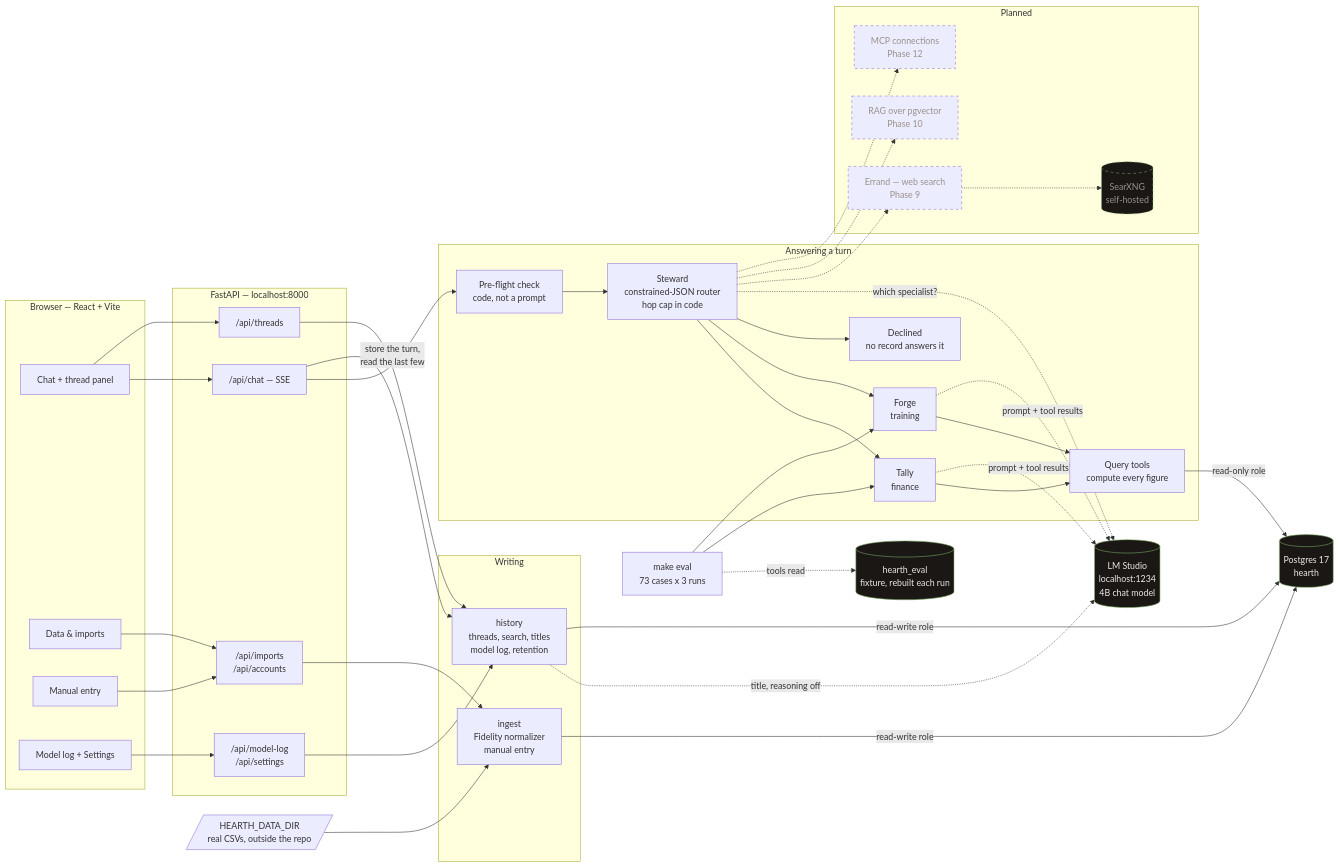
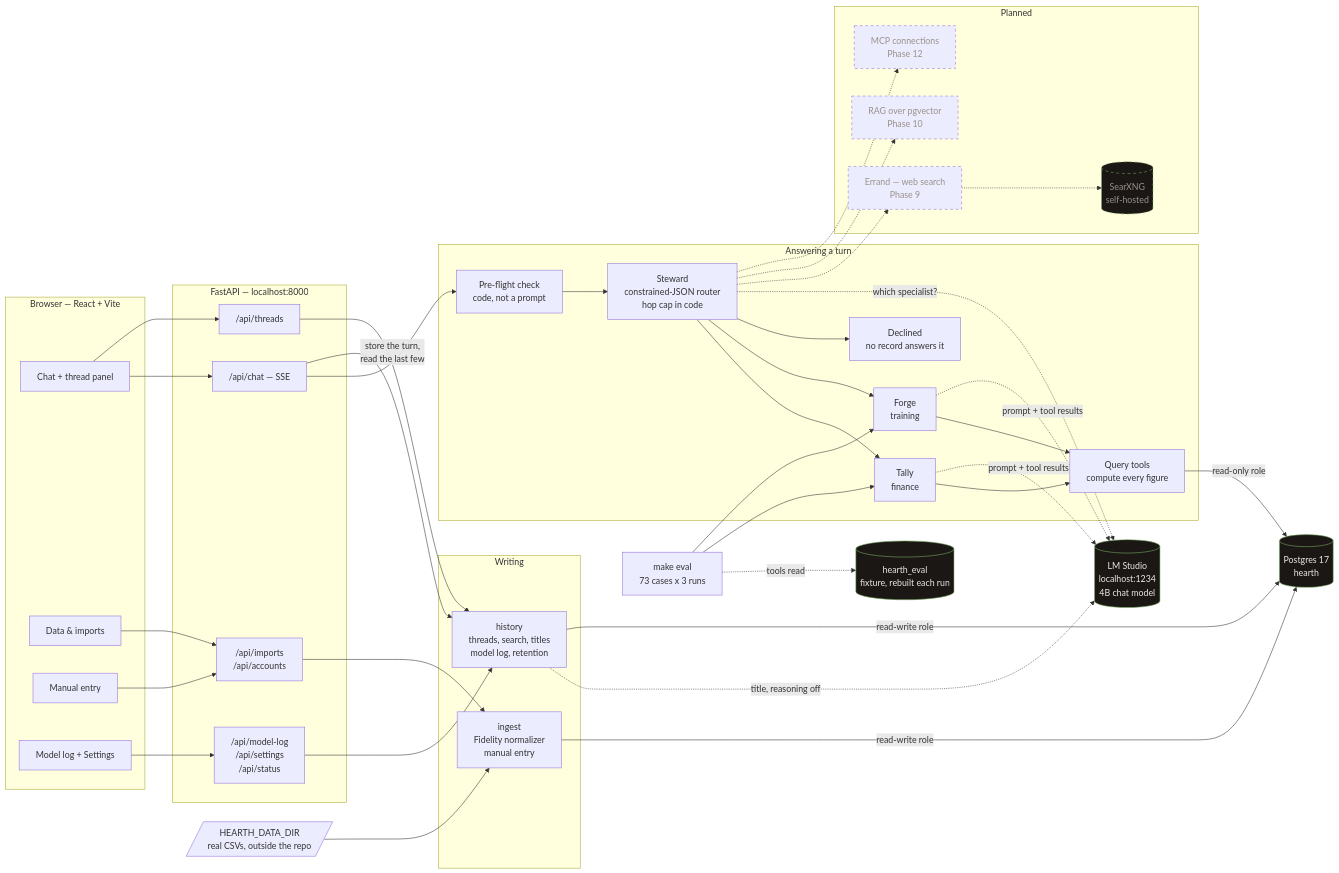
Before and after one commit to jlthompson96/Hearth: the first of 2 diagrams in README.md, drawn with Mermaid. The commit also changed other lines of this file and 2 other files, not shown here.

First line of the commit message:
README: status dots, starting fresh, and what changed with the Pi

````diff
--- a/README.md
+++ b/README.md
@@ -66,81 +68,81 @@
 ```mermaid
 flowchart LR
   subgraph browser["Browser — React + Vite"]
     chatUI["Chat + thread panel"]
     importsUI["Data & imports"]
     entryUI["Manual entry"]
     logUI["Model log + Settings"]
   end
 
   subgraph api["FastAPI — localhost:8000"]
     chatRoute["/api/chat — SSE"]
     threadsRoute["/api/threads"]
     dataRoutes["/api/imports<br/>/api/accounts"]
-    logRoutes["/api/model-log<br/>/api/settings"]
+    logRoutes["/api/model-log<br/>/api/settings<br/>/api/status"]
   end
 
   subgraph answering["Answering a turn"]
     steward["Steward<br/>constrained-JSON router<br/>hop cap in code"]
     declined["Declined<br/>no record answers it"]
     tally["Tally<br/>finance"]
     preflight["Pre-flight check<br/>code, not a prompt"]
     forge["Forge<br/>training"]
     tools["Query tools<br/>compute every figure"]
   end
 
   subgraph writing["Writing"]
     history["history<br/>threads, search, titles<br/>model log, retention"]
     ingest["ingest<br/>Fidelity normalizer<br/>manual entry"]
   end
 
   lmstudio[("LM Studio<br/>localhost:1234<br/>4B chat model")]
   pg[("Postgres 17<br/>hearth")]
   datadir[/"HEARTH_DATA_DIR<br/>real CSVs, outside the repo"/]
   evals["make eval<br/>73 cases x 3 runs"]
   evaldb[("hearth_eval<br/>fixture, rebuilt each run")]
 
   subgraph planned["Planned"]
     errand["Errand — web search<br/>Phase 9"]
     searx[("SearXNG<br/>self-hosted")]
     rag["RAG over pgvector<br/>Phase 10"]
     mcp["MCP connections<br/>Phase 12"]
   end
 
   chatUI --> chatRoute
   chatUI --> threadsRoute
   importsUI --> dataRoutes
   entryUI --> dataRoutes
   logUI --> logRoutes --> history
 
   chatRoute --> preflight --> steward
   steward --> tally
   steward --> forge
   steward --> declined
   tally --> tools
   forge --> tools
   tools -- "read-only role" --> pg
   steward -. "which specialist?" .-> lmstudio
   tally -. "prompt + tool results" .-> lmstudio
   forge -. "prompt + tool results" .-> lmstudio
 
   chatRoute -- "store the turn,<br/>read the last few" --> history
   threadsRoute --> history
   history -. "title, reasoning off" .-> lmstudio
   history -- "read-write role" --> pg
   datadir --> ingest
   dataRoutes --> ingest
   ingest -- "read-write role" --> pg
 
   evals --> tally
   evals --> forge
   evals -. "tools read" .-> evaldb
 
   steward -.-> errand -.-> searx
   steward -.-> rag
   steward -.-> mcp
 
   classDef store fill:#1a1714,stroke:#7fb069,color:#ede8e3
   classDef future stroke-dasharray: 5 5,color:#9a918a
   class pg,evaldb,lmstudio,searx store
   class errand,searx,rag,mcp future
 ```
````
